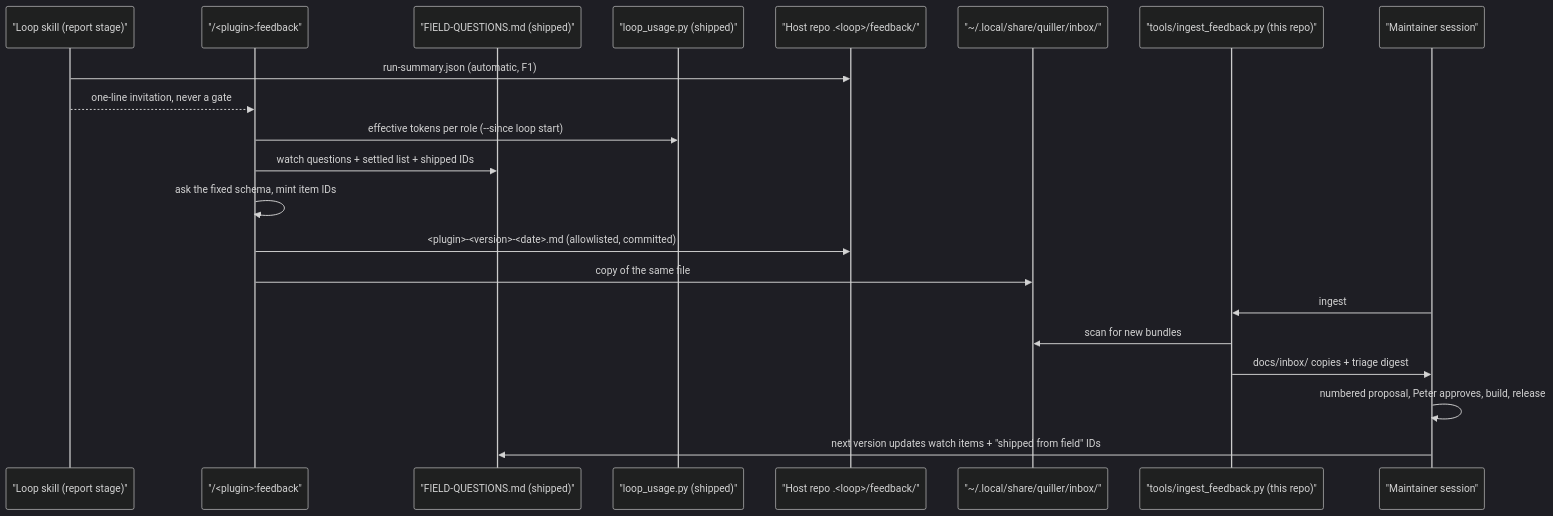
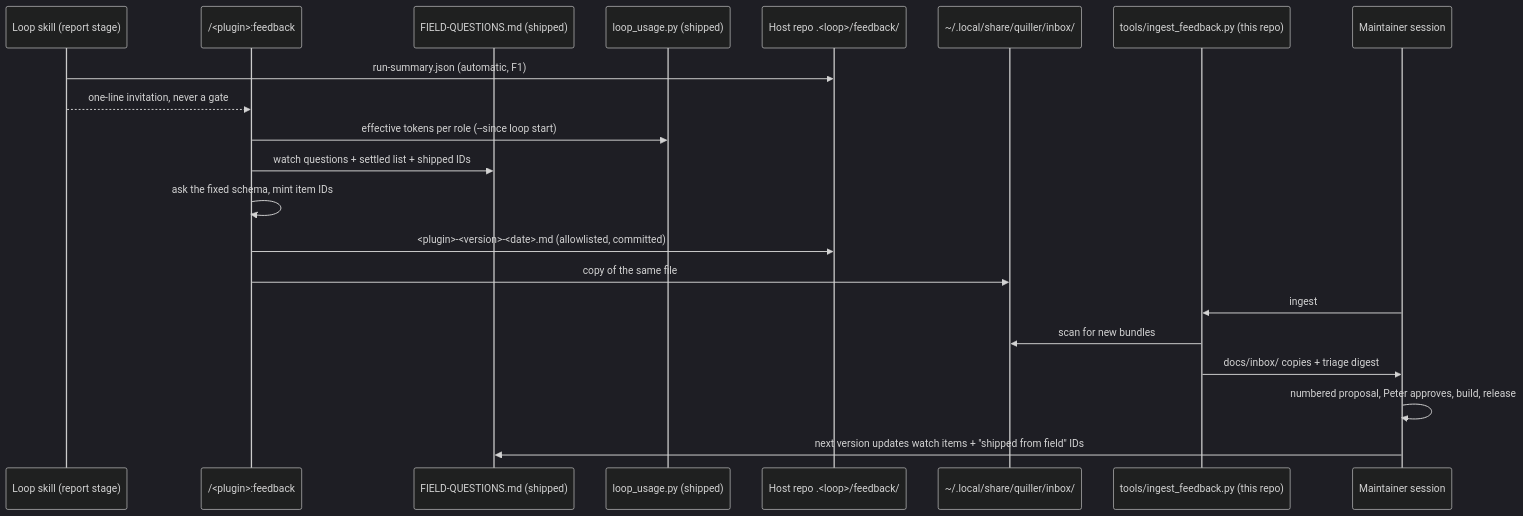
Before and after one commit to peterlit/quiller-claude-plugins: the diagram in docs/proposal-agent-feedback-process.md, drawn with Mermaid (dark theme). The commit also changed 9 other files, not shown here.

````diff
--- a/docs/proposal-agent-feedback-process.md
+++ b/docs/proposal-agent-feedback-process.md
@@ -33,23 +33,23 @@
 ```mermaid
 sequenceDiagram
-    participant L as "Loop skill (report stage)"
-    participant F as "/<plugin>:feedback"
-    participant Q as "FIELD-QUESTIONS.md (shipped)"
-    participant U as "loop_usage.py (shipped)"
-    participant H as "Host repo .<loop>/feedback/"
-    participant D as "~/.local/share/quiller/inbox/"
-    participant I as "tools/ingest_feedback.py (this repo)"
-    participant M as "Maintainer session"
+    participant L as Loop skill (report stage)
+    participant F as /<plugin>:feedback
+    participant Q as FIELD-QUESTIONS.md (shipped)
+    participant U as loop_usage.py (shipped)
+    participant H as Host repo .<loop>/feedback/
+    participant D as ~/.local/share/quiller/inbox/
+    participant I as tools/ingest_feedback.py (this repo)
+    participant M as Maintainer session
     L->>H: run-summary.json (automatic, F1)
     L-->>F: one-line invitation, never a gate
     F->>U: effective tokens per role (--since loop start)
     F->>Q: watch questions + settled list + shipped IDs
     F->>F: ask the fixed schema, mint item IDs
     F->>H: <plugin>-<version>-<date>.md (allowlisted, committed)
     F->>D: copy of the same file
     M->>I: ingest
     I->>D: scan for new bundles
     I->>M: docs/inbox/ copies + triage digest
     M->>M: numbered proposal, Peter approves, build, release
     M->>Q: next version updates watch items + "shipped from field" IDs
 ```
````
